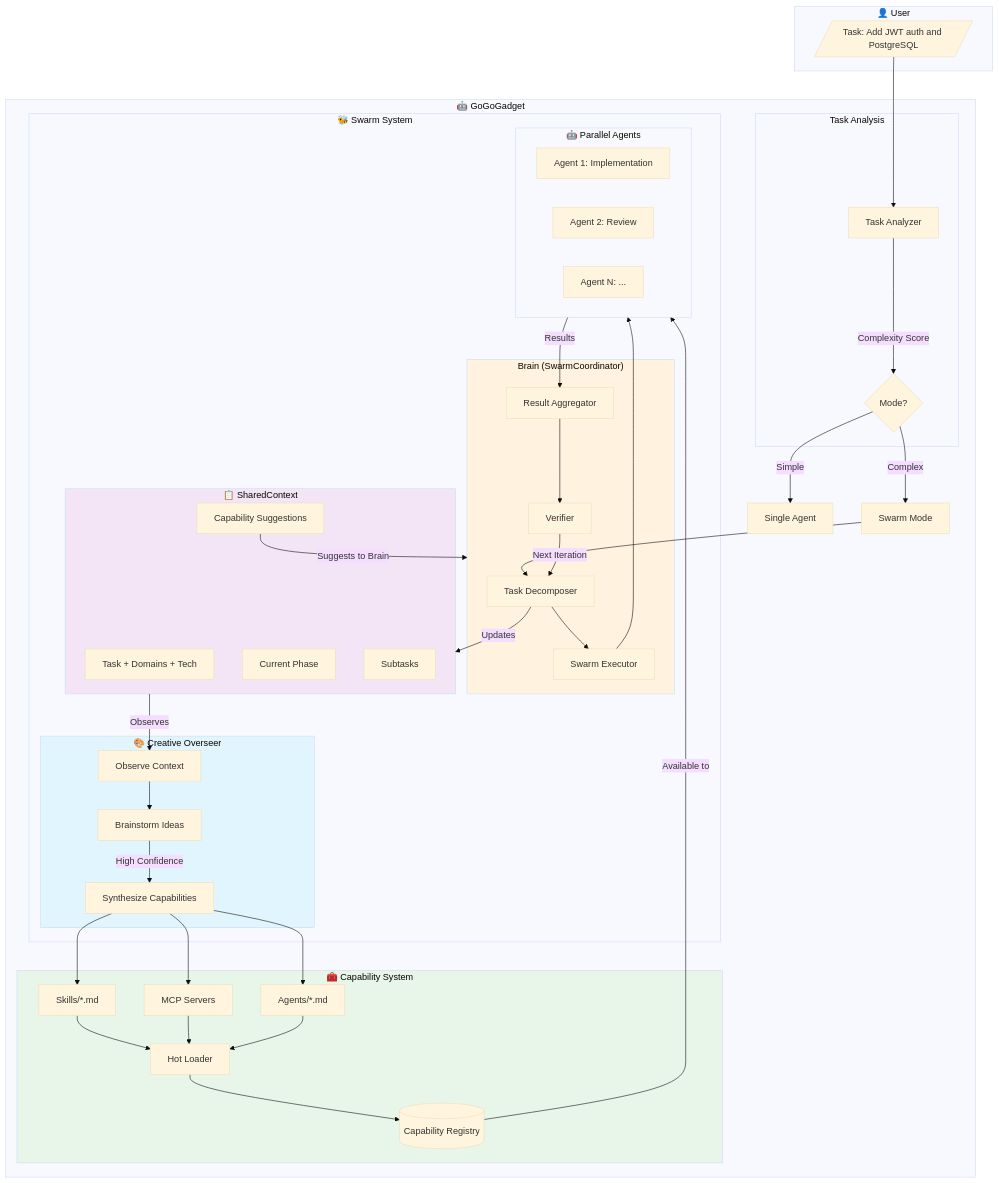
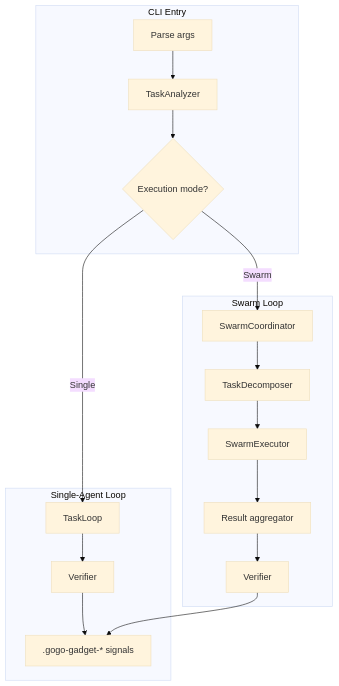
One commit to perrywinkle1/gogo-gadget changed the first of 5 diagrams in docs/architecture/flowchart.md. Above: the diagram before and after it, drawn with Mermaid (base theme). The commit also changed other lines of this file and 1 other file, not shown here.

Commit message:
Expand README rationale and flowcharts

````diff
--- a/docs/architecture/flowchart.md
+++ b/docs/architecture/flowchart.md
@@ -5,80 +10,31 @@
 ```mermaid
 flowchart TB
-    subgraph User["👤 User"]
-        Task[/"Task: Add JWT auth and PostgreSQL"/]
+    subgraph CLI[CLI Entry]
+        Args[Parse args]
+        Analyze[TaskAnalyzer]
+        Mode{Execution mode?}
     end
 
-    subgraph GoGoGadget["🤖 GoGoGadget"]
-        subgraph Analysis["Task Analysis"]
-            TA[Task Analyzer]
-            TA --> |Complexity Score| Decision{Mode?}
-        end
-
-        Decision --> |Simple| Single[Single Agent]
-        Decision --> |Complex| Swarm[Swarm Mode]
-
-        subgraph SwarmSystem["🐝 Swarm System"]
-            subgraph Brain["Brain (SwarmCoordinator)"]
-                Decompose[Task Decomposer]
-                Execute[Swarm Executor]
-                Verify[Verifier]
-                Aggregate[Result Aggregator]
-            end
-
-            subgraph Overseer["🎨 Creative Overseer"]
-                Observe[Observe Context]
-                Brainstorm[Brainstorm Ideas]
-                Synthesize[Synthesize Capabilities]
-            end
-
-            subgraph SharedState["📋 SharedContext"]
-                TaskInfo[Task + Domains + Tech]
-                Phase[Current Phase]
-                Subtasks[Subtasks]
-                Suggestions[Capability Suggestions]
-            end
-
-            subgraph Agents["🤖 Parallel Agents"]
-                A1[Agent 1: Implementation]
-                A2[Agent 2: Review]
-                A3[Agent N: ...]
-            end
-        end
-
-        subgraph Capabilities["🧰 Capability System"]
-            Registry[(Capability Registry)]
-            Skills[Skills/*.md]
-            MCPs[MCP Servers]
-            AgentDefs[Agents/*.md]
-            HotLoad[Hot Loader]
-        end
+    subgraph Single[Single-Agent Loop]
+        TL[TaskLoop]
+        Verify[Verifier]
+        Signals[.gogo-gadget-* signals]
     end
 
-    Task --> TA
-    Swarm --> Decompose
-    Decompose --> |Updates| SharedState
-    SharedState --> |Observes| Observe
-    Decompose --> Execute
-    Execute --> Agents
-    Agents --> |Results| Aggregate
-    Aggregate --> Verify
-    Verify --> |Next Iteration| Decompose
+    subgraph Swarm[Swarm Loop]
+        Coord[SwarmCoordinator]
+        Decompose[TaskDecomposer]
+        Execute[SwarmExecutor]
+        Aggregate[Result aggregator]
+        VerifySwarm[Verifier]
+    end
 
-    Observe --> Brainstorm
-    Brainstorm --> |High Confidence| Synthesize
-    Synthesize --> Skills
-    Synthesize --> MCPs
-    Synthesize --> AgentDefs
-    Skills --> HotLoad
-    MCPs --> HotLoad
-    AgentDefs --> HotLoad
-    HotLoad --> Registry
-    Registry --> |Available to| Agents
+    Args --> Analyze --> Mode
+    Mode -->|Single| TL
+    Mode -->|Swarm| Coord
 
-    Suggestions --> |"Suggests to Brain"| Brain
+    TL --> Verify --> Signals
 
-    style Overseer fill:#e1f5fe
-    style Brain fill:#fff3e0
-    style SharedState fill:#f3e5f5
-    style Capabilities fill:#e8f5e9
+    Coord --> Decompose --> Execute --> Aggregate --> VerifySwarm
+    VerifySwarm --> Signals
 ```
````
